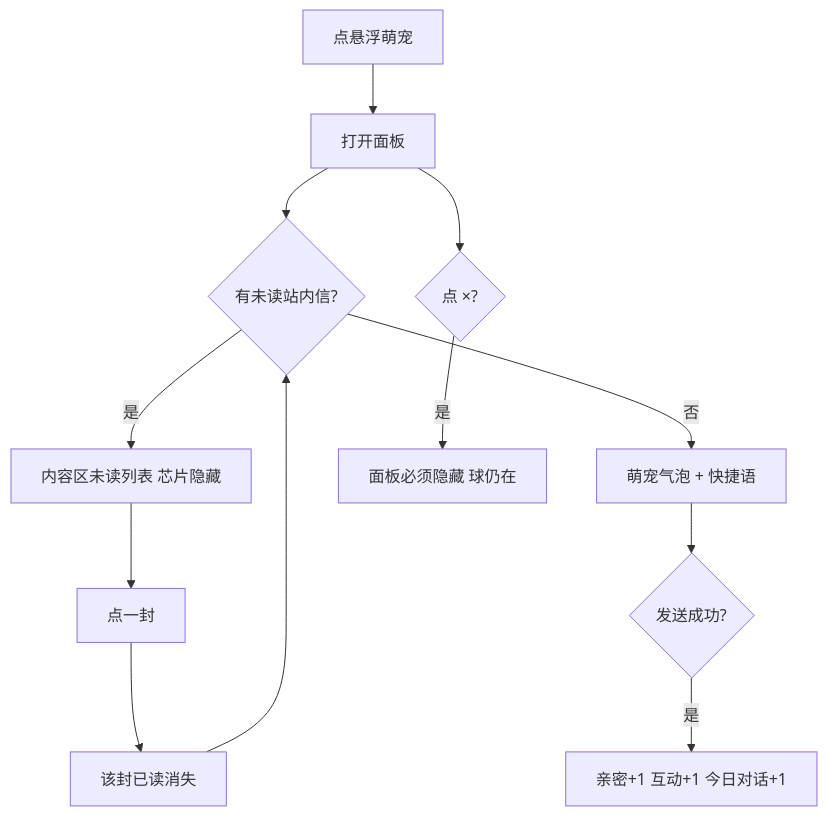
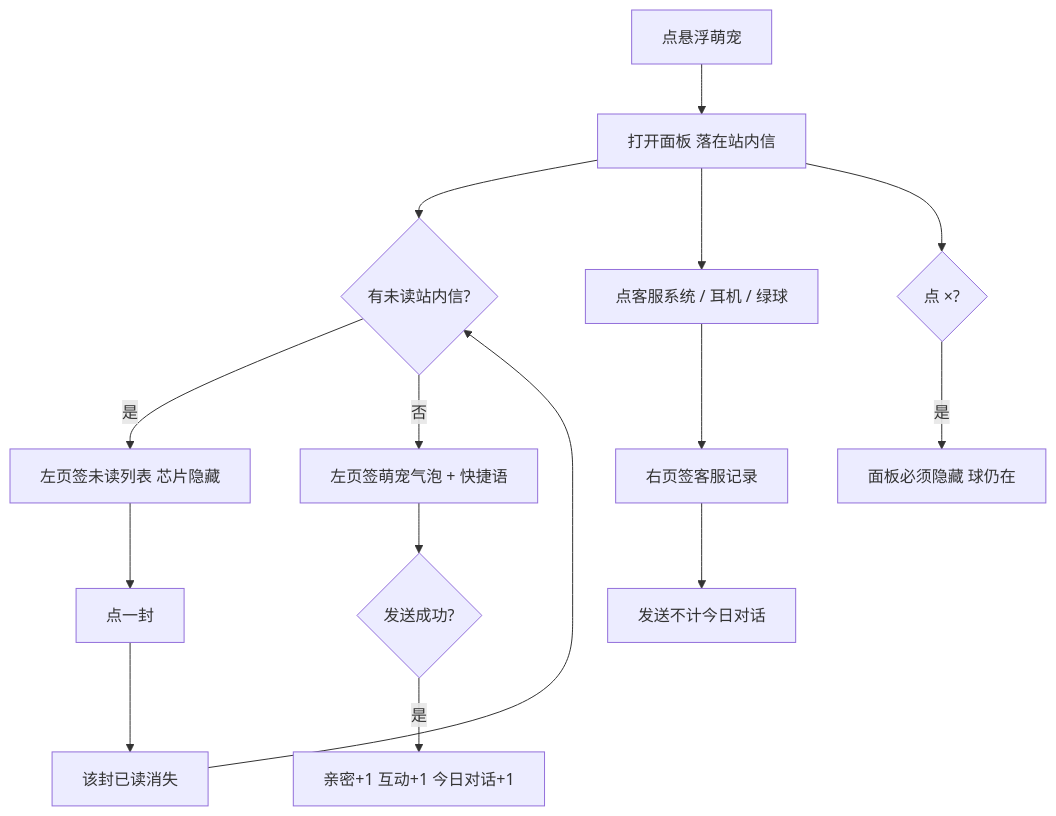
The sixth of 8 diagrams in docs/萌宠乐园-宠物窝交互说明.md (huasabrina8-dotcom/qq-pet-vip-prototype), drawn with Mermaid before and after one commit. The commit also changed other lines of this file and 147 other files, not shown here.

````diff
--- a/docs/萌宠乐园-宠物窝交互说明.md
+++ b/docs/萌宠乐园-宠物窝交互说明.md
@@ -596,14 +606,17 @@
 ```mermaid
 flowchart TD
-  A[点悬浮萌宠] --> B[打开面板]
+  A[点悬浮萌宠] --> B[打开面板 落在站内信]
   B --> C{有未读站内信?}
-  C -->|是| D[内容区未读列表 芯片隐藏]
+  C -->|是| D[左页签未读列表 芯片隐藏]
   D --> E[点一封]
   E --> F[该封已读消失]
   F --> C
-  C -->|否| G[萌宠气泡 + 快捷语]
+  C -->|否| G[左页签萌宠气泡 + 快捷语]
   G --> H{发送成功?}
   H -->|是| I[亲密+1 互动+1 今日对话+1]
+  B --> R[点客服系统 / 耳机 / 绿球]
+  R --> S[右页签客服记录]
+  S --> T[发送不计今日对话]
   B --> J{点 ×?}
   J -->|是| K[面板必须隐藏 球仍在]
 ```
````
